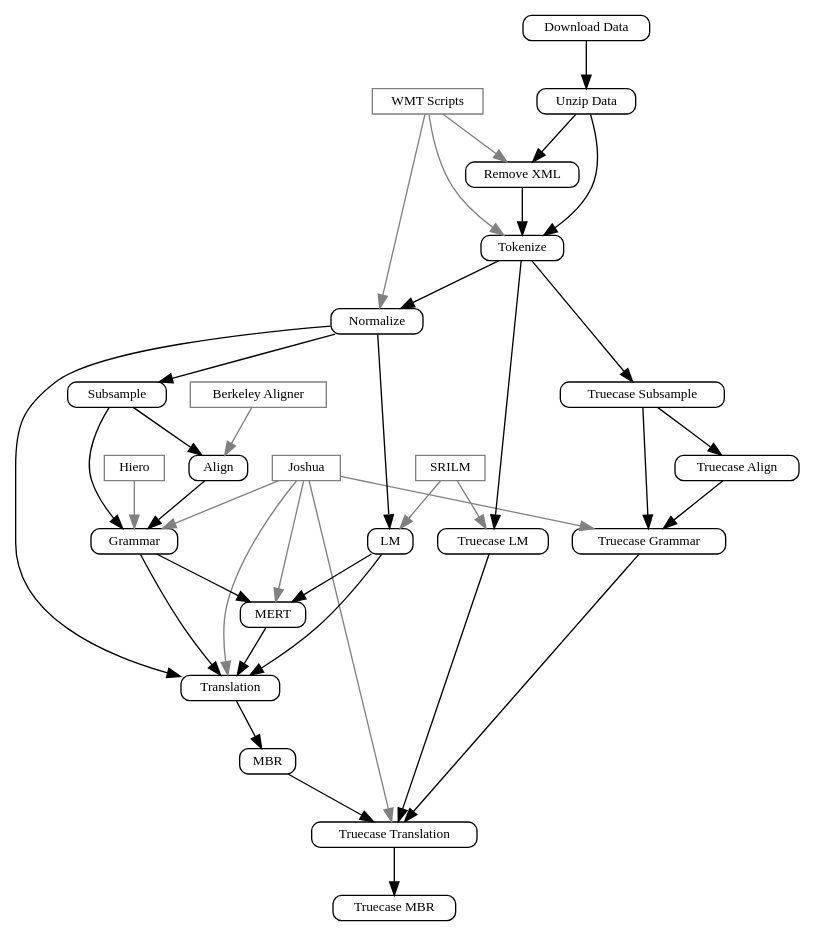
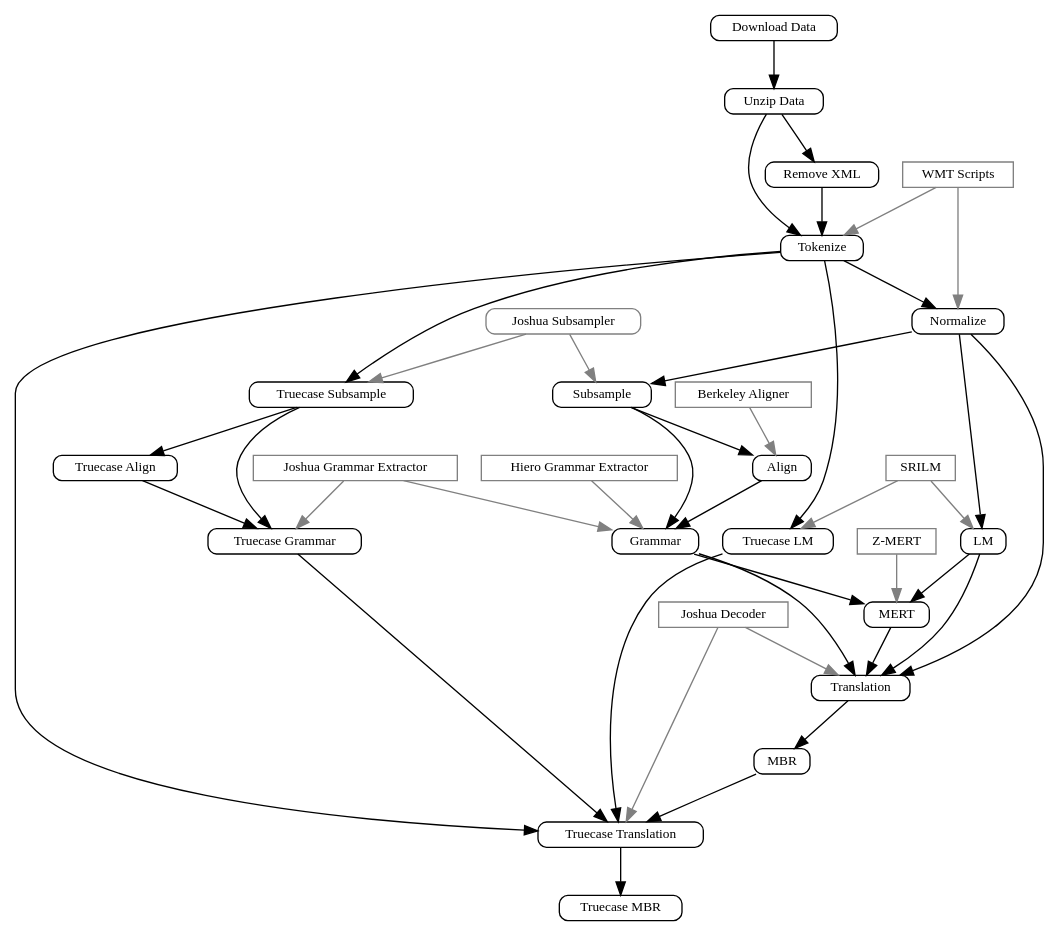
Before and after one commit to dowobeha/joshua-publications: the diagram in papers/wmt10.pipeline/figure.dot, drawn with Graphviz. The commit also changed 1 other file, not shown here.

Commit message:
working on figure

```diff
--- a/papers/wmt10.pipeline/figure.dot
+++ b/papers/wmt10.pipeline/figure.dot
@@ -1,101 +1,109 @@
 digraph G {
 
 		// We want all the shapes to be rounded rectangles
 		node[shape=box, style=rounded,fontsize=10,height=0,width=0,textwidth=1];
 
 	//subgraph clusterTools  { label="Tools"; 
 		Scripts [style=solid,color=grey,label="WMT Scripts"]
 		SRILM [style=solid,color=grey,label="SRILM"]
 		BerkeleyAligner [style=solid,color=grey,label="Berkeley Aligner"]
-		Hiero [style=solid,color=grey]
-		Joshua [style=solid,color=grey]
+		Hiero [label="Hiero Grammar Extractor",style=solid,color=grey]
+		JoshuaDecoder [style=solid,color=grey,label="Joshua Decoder"]
+		ZMERT [style=solid,color=grey,label="Z-MERT"]
 	//}
 
 	//subgraph clusterPreprocess { label="Preprocess Data";
 		OriginalData [label="Download Data"]
 		OriginalDataUnzipped [label="Unzip Data"]
 		RemoveXML [label="Remove XML"]
 		Tokenize
 		Normalize
 	//	}
 		
 	//	subgraph clusterTrain { label="Train Models"
 			LM [label="LM"]
 			Subsample
 			Align
 			Grammar
 			MERT
 	//	}
 		
 				
 	//	subgraph clusterTrainRecase { label="Train Recaser"
 			RecaseLM [label="Truecase LM"]
 			RecaseSubsample [label="Truecase Subsample"]
 			RecaseAlign [label="Truecase Align"]
 			RecaseGrammar [label="Truecase Grammar"]
 	//	}
 		
 	//	subgraph clusterTranslate {
 			Translate [label="Translation"]
 			MBR
 			Recase [label="Truecase Translation"]
 			RecaseMBR [label="Truecase MBR"]
 	//	}
 		
+		Tokenize -> Recase
+
 		// Preprocessing dependencies
 		OriginalData -> OriginalDataUnzipped	
 		OriginalDataUnzipped -> RemoveXML
 		OriginalDataUnzipped -> Tokenize
 		RemoveXML -> Tokenize
 		Tokenize -> Normalize
 
 		Normalize -> LM
 		Normalize -> Subsample
 		Subsample -> Align
 		Subsample -> Grammar
 		Align -> Grammar
 		Grammar -> MERT
 		LM -> MERT
 		
 		MERT -> Translate
 		Grammar -> Translate
 		LM -> Translate
 		Normalize -> Translate
 		
 		Tokenize -> RecaseLM
 		Tokenize -> RecaseSubsample
 		RecaseSubsample -> RecaseAlign
 		RecaseSubsample -> RecaseGrammar
 
 		RecaseAlign -> RecaseGrammar
 		RecaseGrammar -> Recase
 		RecaseLM -> Recase
 
 		Translate -> MBR
 		MBR -> Recase
 		Recase -> RecaseMBR
 
 
 
 		// Preprocessing tools dependencies
-		Scripts -> RemoveXML [color=grey]
+//		Scripts -> RemoveXML [color=grey]
 		Scripts -> Tokenize [color=grey]
 		Scripts -> Normalize [color=grey]
 		
 		SRILM -> LM [color=grey]
 		SRILM -> RecaseLM [color=grey]
 		
 		BerkeleyAligner -> Align [color=grey]
 		
+		JoshuaGrammar [label="Joshua Grammar Extractor",color=grey,style=solid]
+
 		Hiero -> Grammar [color=grey]
-		Joshua -> Grammar [color=grey]
+		JoshuaGrammar -> Grammar [color=grey]
 		
-		Joshua -> MERT [color=grey]
-		Joshua -> Translate [color=grey]
-		Joshua -> Recase [color=grey]
-		Joshua -> RecaseGrammar [color=grey]
+		ZMERT -> MERT [color=grey]
+		JoshuaDecoder -> Translate [color=grey]
+		JoshuaDecoder -> Recase [color=grey]
+		JoshuaGrammar -> RecaseGrammar [color=grey]
 		
-		//Joshua -> Subsample [color=grey]
-		//Joshua -> RecaseSubsample [color=grey]
+		JoshuaSubsampler [label="Joshua Subsampler",color=grey]
+		JoshuaSubsampler -> Subsample [color=grey]
+		JoshuaSubsampler -> RecaseSubsample [color=grey]
+
+		
 
 		}
```
